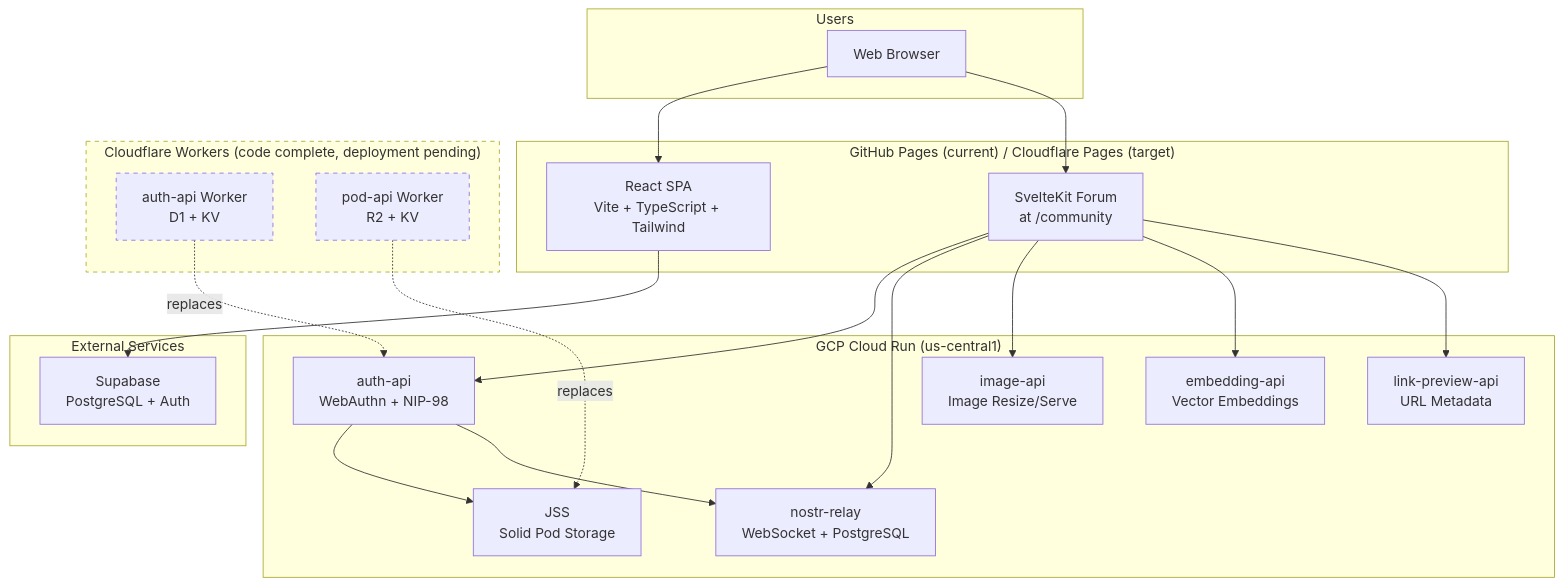
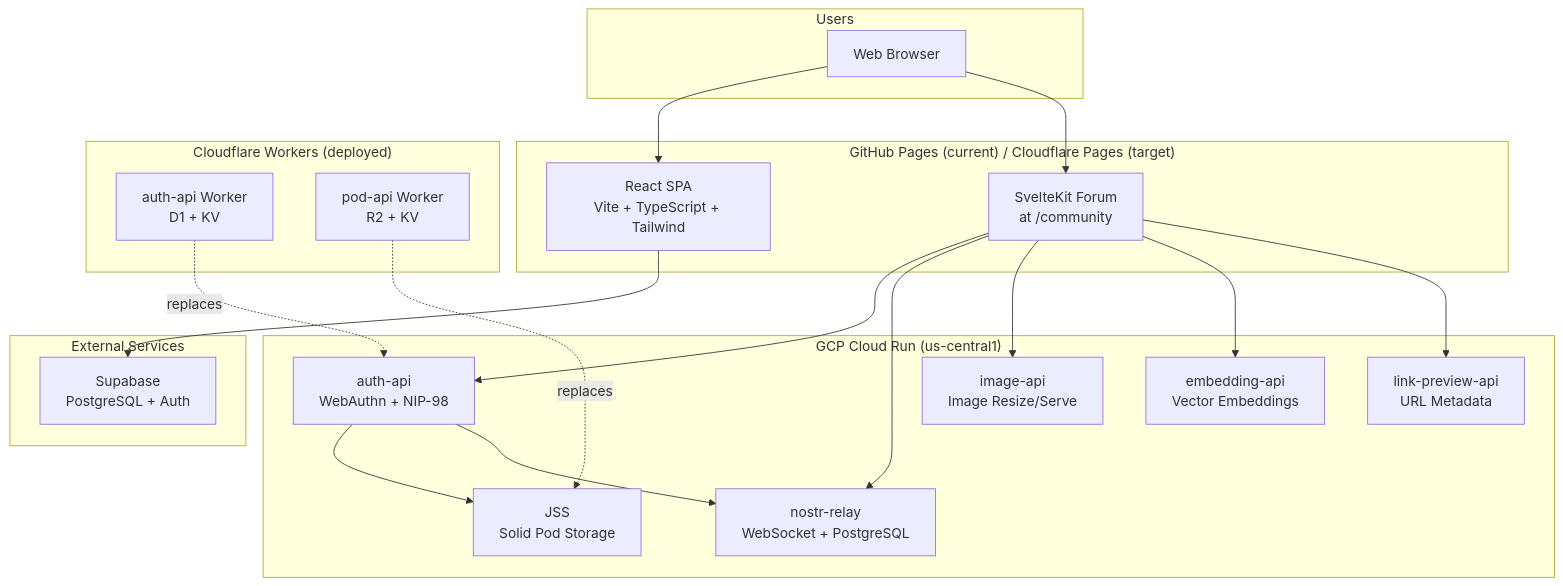
Before and after one commit to DreamLab-AI/dreamlab-ai-website: the first of 7 diagrams in docs/architecture.md, drawn with Mermaid. The commit also changed other lines of this file and 37 other files, not shown here.

First line of the commit message:
Harden Workers security + update 35 docs to deployed status

````diff
--- a/docs/architecture.md
+++ b/docs/architecture.md
@@ -13,47 +13,44 @@
 ```mermaid
 graph TB
     subgraph Users["Users"]
         Browser["Web Browser"]
     end
 
     subgraph GitHubPages["GitHub Pages (current) / Cloudflare Pages (target)"]
         SPA["React SPA<br/>Vite + TypeScript + Tailwind"]
         Forum["SvelteKit Forum<br/>at /community"]
     end
 
     subgraph CloudRun["GCP Cloud Run (us-central1)"]
         AuthAPI["auth-api<br/>WebAuthn + NIP-98"]
         JSS["JSS<br/>Solid Pod Storage"]
         Relay["nostr-relay<br/>WebSocket + PostgreSQL"]
         EmbeddingAPI["embedding-api<br/>Vector Embeddings"]
         ImageAPI["image-api<br/>Image Resize/Serve"]
         LinkPreviewAPI["link-preview-api<br/>URL Metadata"]
     end
 
-    subgraph CloudflareWorkers["Cloudflare Workers (code complete, deployment pending)"]
+    subgraph CloudflareWorkers["Cloudflare Workers (deployed)"]
         CFAuth["auth-api Worker<br/>D1 + KV"]
         CFPod["pod-api Worker<br/>R2 + KV"]
     end
 
     subgraph External["External Services"]
         Supabase["Supabase<br/>PostgreSQL + Auth"]
     end
 
     Browser --> SPA
     Browser --> Forum
     SPA --> Supabase
     Forum --> AuthAPI
     Forum --> Relay
     Forum --> ImageAPI
     Forum --> EmbeddingAPI
     Forum --> LinkPreviewAPI
     AuthAPI --> JSS
     AuthAPI --> Relay
 
     CFAuth -.->|"replaces"| AuthAPI
     CFPod -.->|"replaces"| JSS
 
-    style CloudflareWorkers stroke-dasharray: 5 5
-    style CFAuth stroke-dasharray: 5 5
-    style CFPod stroke-dasharray: 5 5
 ```
````
